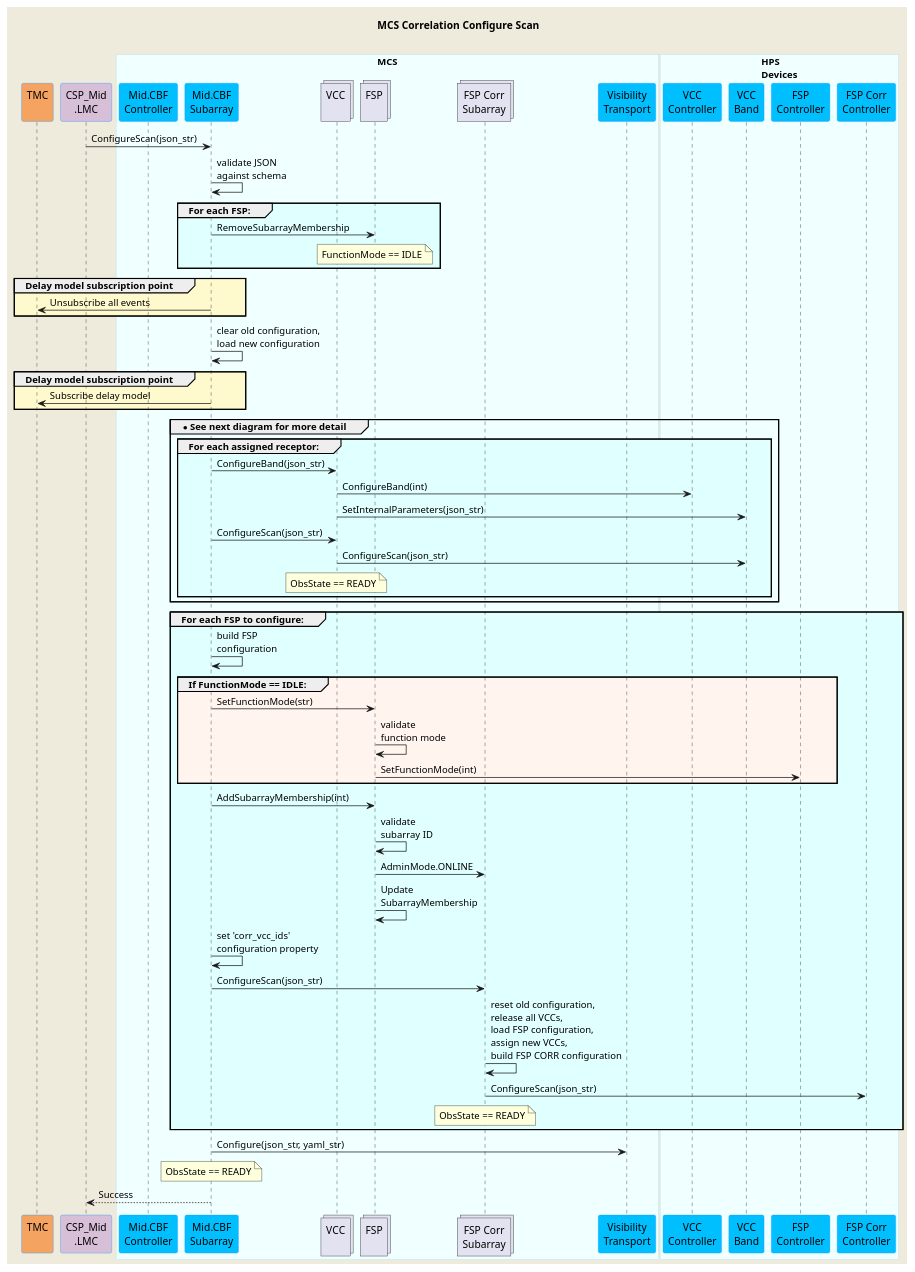
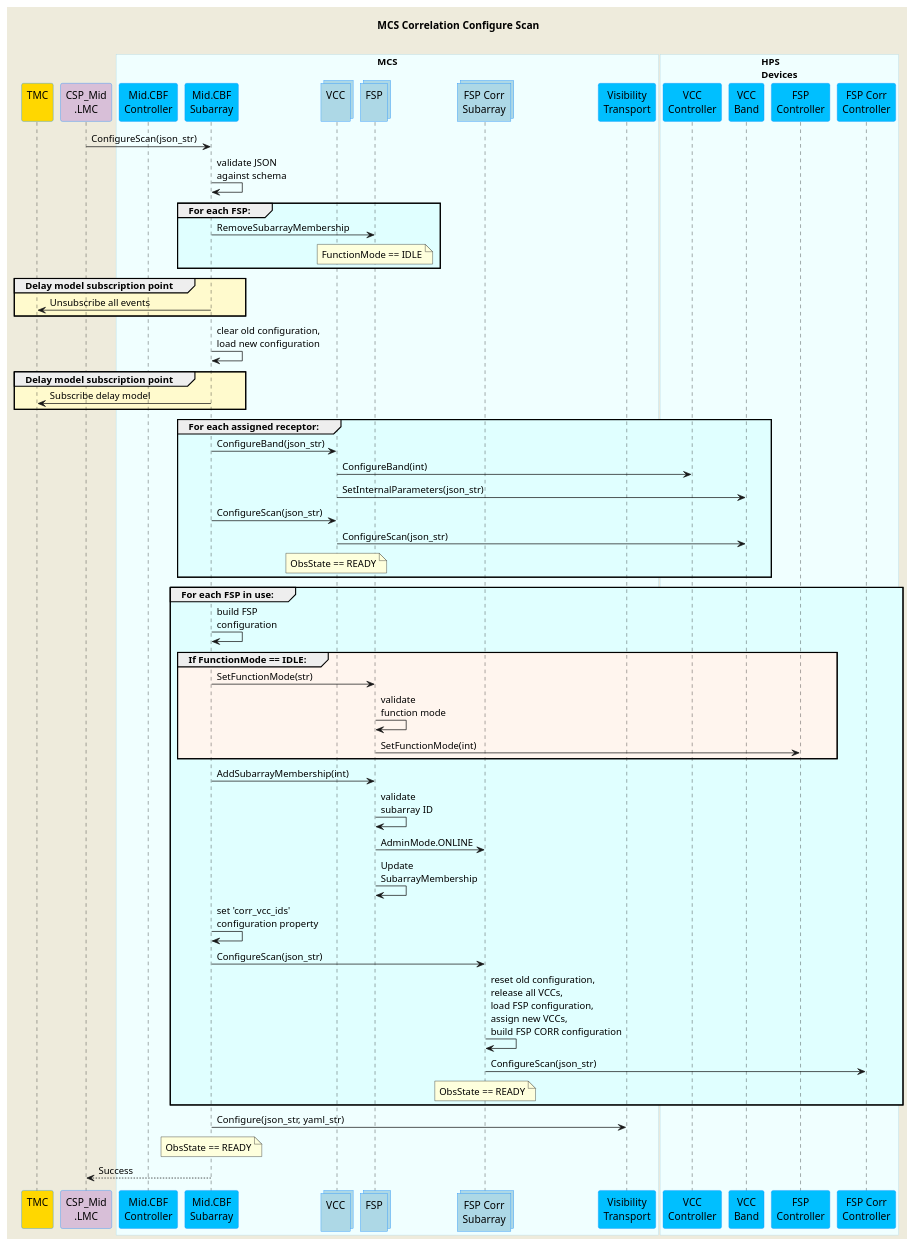
The diagram in docs/src/diagrams/configure-corr-scan-mcs.puml (ska-telescope/mid-cbf-mcs), drawn with PlantUML before and after one commit. The commit also changed 3 other files, not shown here.

Commit message:
CIP-2424 Updated FSP configureScan diagram. some other tweaks

```diff
--- a/docs/src/diagrams/configure-corr-scan-mcs.puml
+++ b/docs/src/diagrams/configure-corr-scan-mcs.puml
@@ -1,92 +1,92 @@
 @startuml
 'https://plantuml.com/sequence-diagram
 
 skinparam backgroundColor #EEEBDC
 skinparam sequence {
-ParticipantBorderColor DodgerBlue
-ParticipantBackgroundColor DeepSkyBlue
-ActorBorderColor DarkGreen
-ActorBackgroundColor Green
-BoxBorderColor LightBlue
-BoxBackgroundColor #F0FFFF
+    ParticipantBorderColor DodgerBlue
+    ParticipantBackgroundColor DeepSkyBlue
+    ActorBorderColor DarkGreen
+    ActorBackgroundColor Green
+    BoxBorderColor LightBlue
+    BoxBackgroundColor #F0FFFF
+}
+skinparam collections {
+    BackGroundColor LightBlue
+    BorderColor DodgerBlue
 }
 
 title MCS Correlation Configure Scan\n
 
-participant "TMC\n" as tmc #SandyBrown
+participant "TMC\n" as tmc #Gold
 participant "CSP_Mid\n.LMC" as lmc #Thistle
 
 box "MCS"
 participant "Mid.CBF\nController" as controller
 participant "Mid.CBF\nSubarray" as subarray
 collections "VCC\n" as vcc
 collections "FSP\n" as fsp
 collections "FSP Corr\nSubarray" as fspcorr
 participant "Visibility\nTransport" as vis_trans
 end box
 
 box "HPS\nDevices" 
 participant "VCC\nController" as vcc_cont
 participant "VCC\nBand" as vcc_band
 participant "FSP\nController" as fsp_cont
 participant "FSP Corr\nController" as fspcorr_cont
 end box
 
 lmc         -> subarray     : ConfigureScan(json_str)
 subarray    -> subarray     : validate JSON\nagainst schema
 
 group #LightCyan For each FSP:
     subarray    -> fsp          : RemoveSubarrayMembership
     note over fsp               : FunctionMode == IDLE
 end group
 
 group #LemonChiffon Delay model subscription point
     subarray    -> tmc          : Unsubscribe all events
 end group
 
 subarray    -> subarray     : clear old configuration,\nload new configuration
 
 group #LemonChiffon Delay model subscription point
     subarray    -> tmc          : Subscribe delay model
 end group
 
-group  *See next diagram for more detail
-
-    group #LightCyan For each assigned receptor:
-        subarray    -> vcc          : ConfigureBand(json_str)
-        vcc         -> vcc_cont     : ConfigureBand(int)
-        vcc         -> vcc_band     : SetInternalParameters(json_str)
-        subarray    -> vcc          : ConfigureScan(json_str)
-        vcc         -> vcc_band     : ConfigureScan(json_str)
-        note over vcc               : ObsState == READY
-    end group
-
+group #LightCyan For each assigned receptor:
+    subarray    -> vcc          : ConfigureBand(json_str)
+    vcc         -> vcc_cont     : ConfigureBand(int)
+    vcc         -> vcc_band     : SetInternalParameters(json_str)
+    subarray    -> vcc          : ConfigureScan(json_str)
+    vcc         -> vcc_band     : ConfigureScan(json_str)
+    note over vcc               : ObsState == READY
 end group
 
-group #LightCyan For each FSP to configure:
+group #LightCyan For each FSP in use:
     subarray    -> subarray     : build FSP\nconfiguration
 
     group #SeaShell If FunctionMode == IDLE:
         subarray    -> fsp          : SetFunctionMode(str)
         fsp         -> fsp          : validate\nfunction mode
         fsp         -> fsp_cont     : SetFunctionMode(int)
     end group
 
     subarray    -> fsp          : AddSubarrayMembership(int)
     fsp         -> fsp          : validate\nsubarray ID
     fsp         -> fspcorr      : AdminMode.ONLINE
     fsp         -> fsp          : Update\nSubarrayMembership
 
     subarray    -> subarray     : set 'corr_vcc_ids'\nconfiguration property
     subarray    -> fspcorr      : ConfigureScan(json_str)
     fspcorr     -> fspcorr      : reset old configuration,\nrelease all VCCs,\nload FSP configuration,\nassign new VCCs,\nbuild FSP CORR configuration
     fspcorr     -> fspcorr_cont : ConfigureScan(json_str)
     note over fspcorr           : ObsState == READY
 end group
 
 subarray    -> vis_trans    : Configure(json_str, yaml_str)
 
 note over subarray          : ObsState == READY
 lmc        <-- subarray     : Success
 
 @enduml
```
